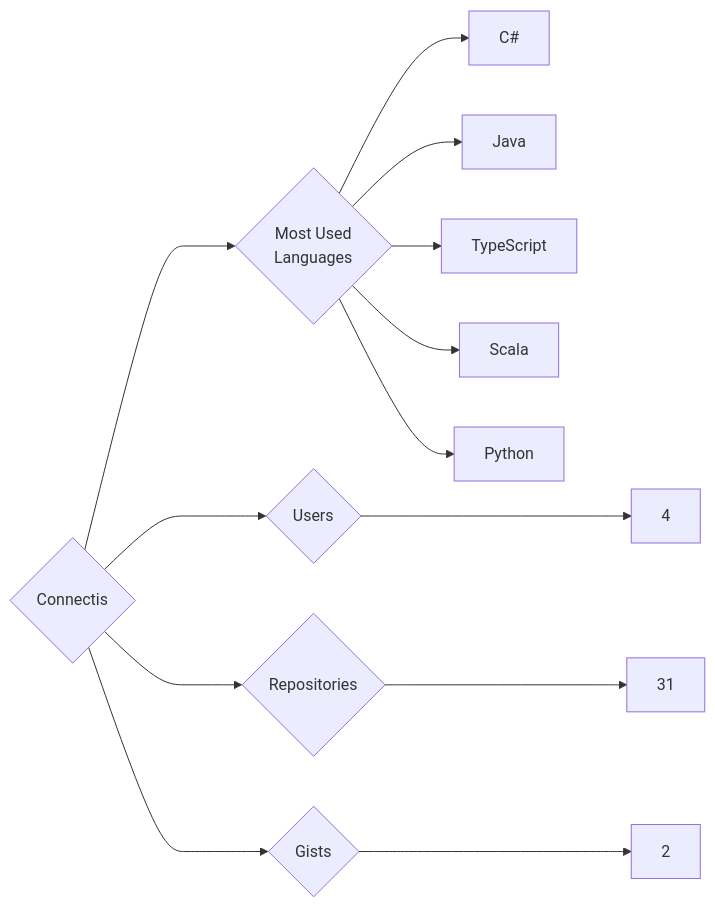
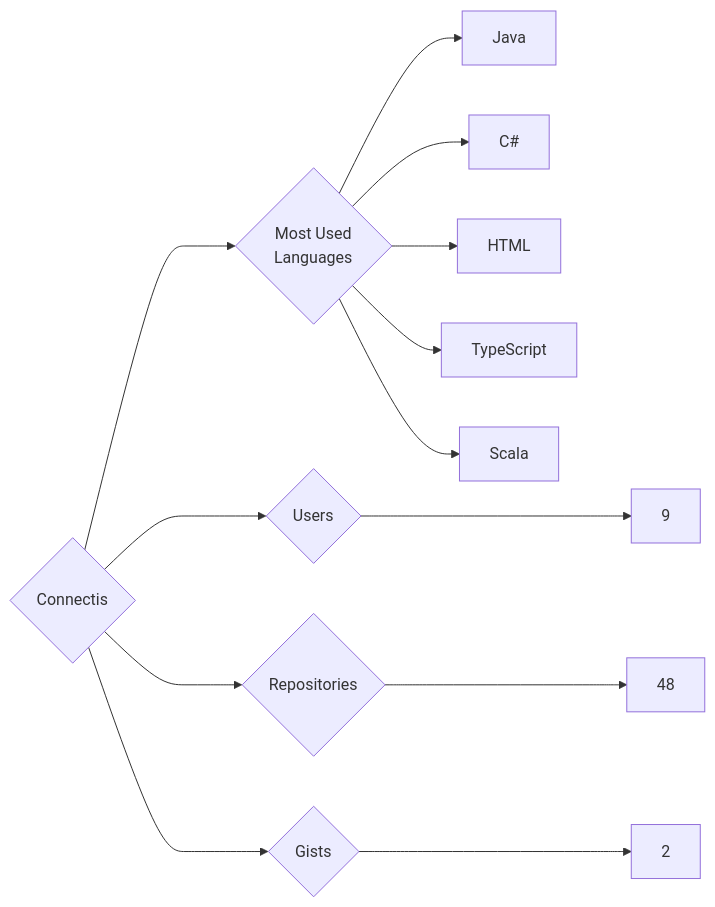
One commit to trickest/insiders changed the diagram in targets/Connectis/README.md. Above: the diagram before and after it, drawn with Mermaid. The commit also changed 1212 other files, not shown here.

````diff
--- a/targets/Connectis/README.md
+++ b/targets/Connectis/README.md
@@ -3,13 +3,13 @@
 ```mermaid
 graph LR
 COMPANY_NAME{Connectis}
-COMPANY_NAME ---> U{Users} ---> UN[4]
-COMPANY_NAME ---> R{Repositories} ---> RN[31]
+COMPANY_NAME ---> U{Users} ---> UN[9]
+COMPANY_NAME ---> R{Repositories} ---> RN[48]
 COMPANY_NAME ---> G{Gists} ---> GN[2]
 COMPANY_NAME ---> ML{Most Used<br>Languages}
+ML --> Java[Java]
 ML --> C#[C#]
-ML --> Java[Java]
+ML --> HTML[HTML]
 ML --> TypeScript[TypeScript]
 ML --> Scala[Scala]
-ML --> Python[Python]
 ```
````
